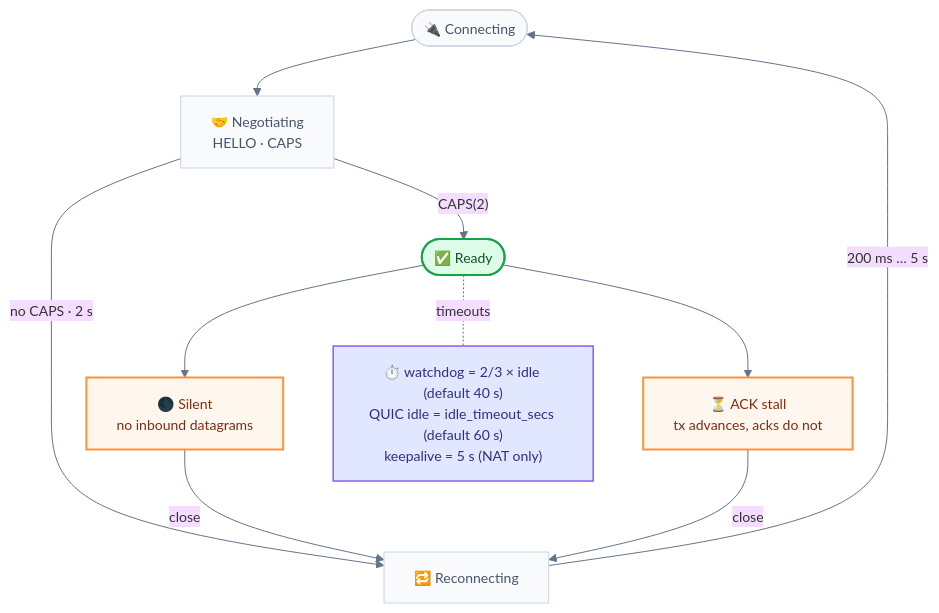
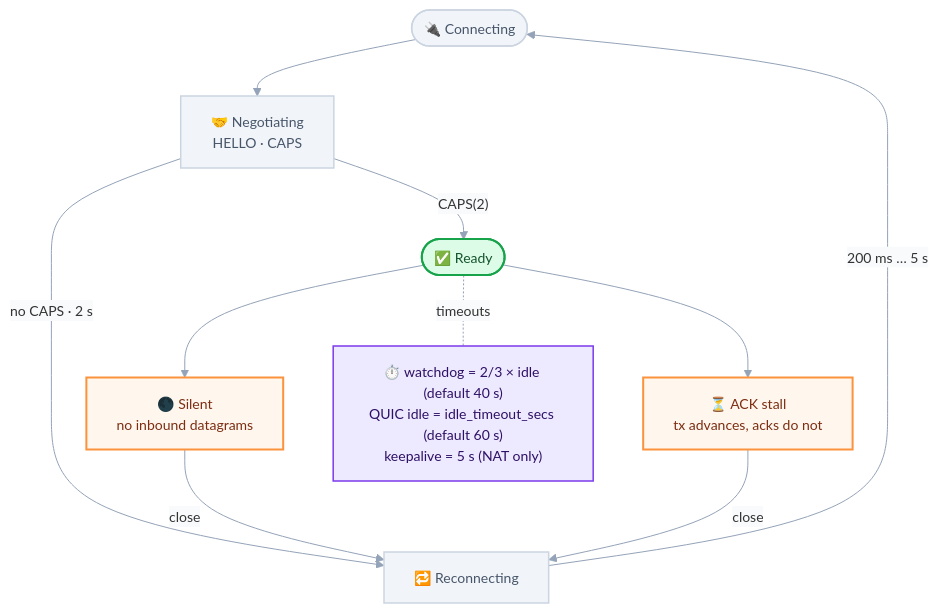
Before and after one commit to Terutoki/MyQUIC2: diagram 15 of 31 in README.md, drawn with Mermaid. The commit also changed other lines of this file and 14 other files, not shown here.

First line of the commit message:
docs(readme): remove static art and redraw Mermaid atlas

````diff
--- a/README.md
+++ b/README.md
@@ -1458,26 +1477,23 @@
 ```mermaid
-%%{init: {"theme":"base","themeVariables":{"fontSize":"14px","lineColor":"#64748b"}}}%%
+%%{init: {"theme":"base","themeVariables":{"fontSize":"14px","lineColor":"#94a3b8","textColor":"#0f172a","edgeLabelBackground":"#f8fafc"}}}%%
 flowchart TB
-CONNECT(["🔌 Connecting"]) --> NEG["🤝 Negotiating<br/>HELLO · CAPS"]
+    accTitle: Reconnect and watchdog
+    accDescr: A connection negotiates CAPS or redials with bounded backoff; a watchdog reconnects when the path goes silent or acknowledgements stall.
+    CONNECT(["🔌 Connecting"]) --> NEG["🤝 Negotiating<br/>HELLO · CAPS"]
     NEG -->|"CAPS(2)"| READY(["✅ Ready"])
     NEG -->|"no CAPS · 2 s"| REDIAL["🔁 Reconnecting"]
     READY --> SILENT["🌑 Silent<br/>no inbound datagrams"]
     READY --> ACKSTALL["⏳ ACK stall<br/>tx advances, acks do not"]
     SILENT -->|"close"| REDIAL
     ACKSTALL -->|"close"| REDIAL
     REDIAL -->|"200 ms … 5 s"| CONNECT
     READY -.-|"timeouts"| CLOCK["⏱️ watchdog = 2/3 × idle (default 40 s)<br/>QUIC idle = idle_timeout_secs (default 60 s)<br/>keepalive = 5 s (NAT only)"]
-    class CONNECT,NEG,REDIAL muteC
-    class READY clientC
-    class SILENT,ACKSTALL warmC
-    class CLOCK noteC
-
-    classDef clientC fill:#dcfce7,stroke:#16a34a,stroke-width:2px,color:#14532d
-    classDef coreC fill:#eef2ff,stroke:#4f46e5,stroke-width:2px,color:#1e1b4b
-    classDef wireC fill:#ecfeff,stroke:#0891b2,stroke-width:2px,color:#164e63
-    classDef warmC fill:#fff7ed,stroke:#fb923c,stroke-width:2px,color:#7c2d12
-    classDef dangerC fill:#fff1f2,stroke:#e11d48,stroke-width:2px,color:#881337
-    classDef muteC fill:#f8fafc,stroke:#cbd5e1,color:#475569
-    classDef noteC fill:#e0e7ff,stroke:#8b5cf6,stroke-width:1.5px,color:#312e81
-    classDef decisionC fill:#fef9c3,stroke:#eab308,stroke-width:2px,color:#713f12
+    classDef mute fill:#f1f5f9,stroke:#cbd5e1,stroke-width:1.5px,color:#475569
+    classDef edge fill:#dcfce7,stroke:#16a34a,stroke-width:2px,color:#14532d
+    classDef exit fill:#fff7ed,stroke:#fb923c,stroke-width:2px,color:#7c2d12
+    classDef note fill:#ede9fe,stroke:#7c3aed,stroke-width:1.5px,color:#2e1065
+    class CONNECT,NEG,REDIAL mute
+    class READY edge
+    class SILENT,ACKSTALL exit
+    class CLOCK note
 ```
````
